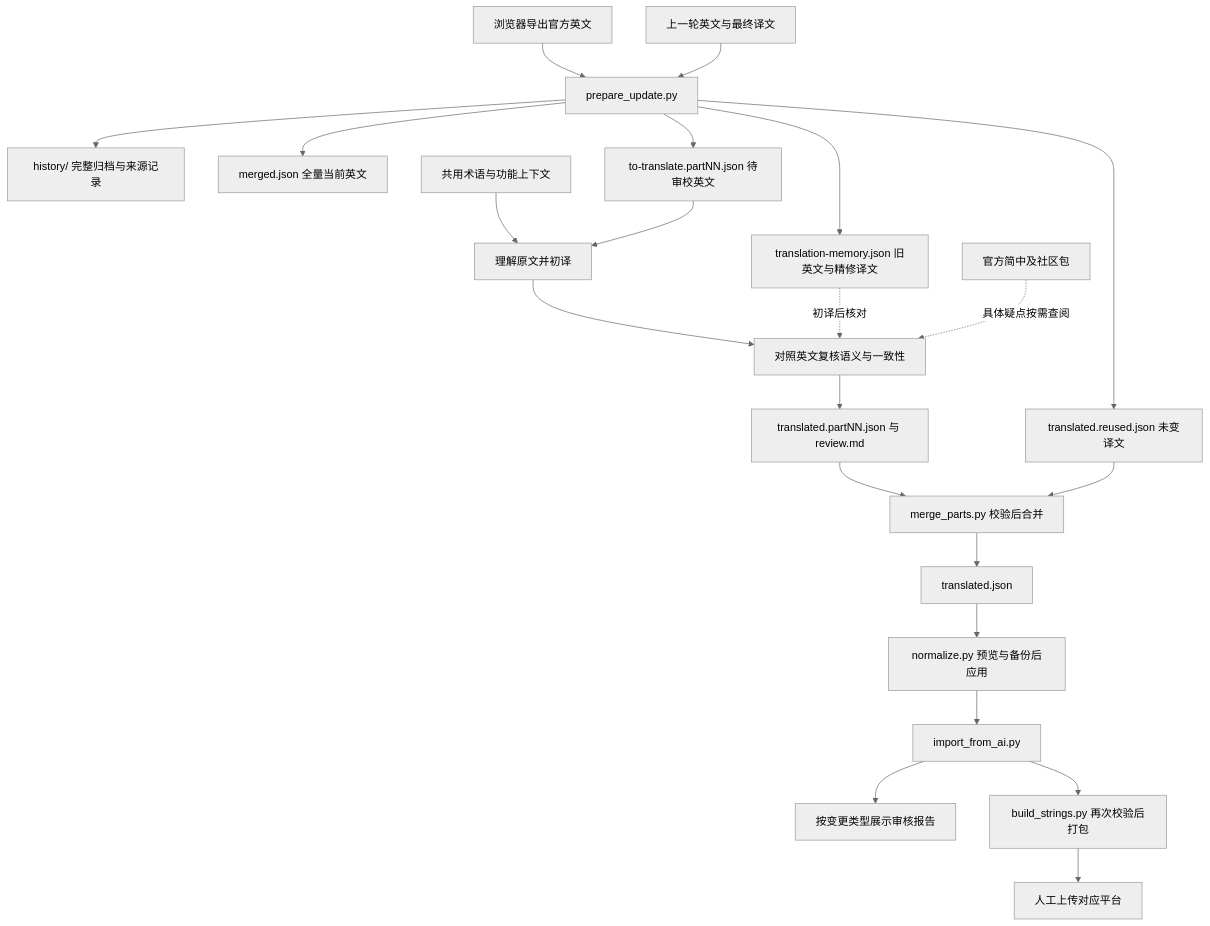
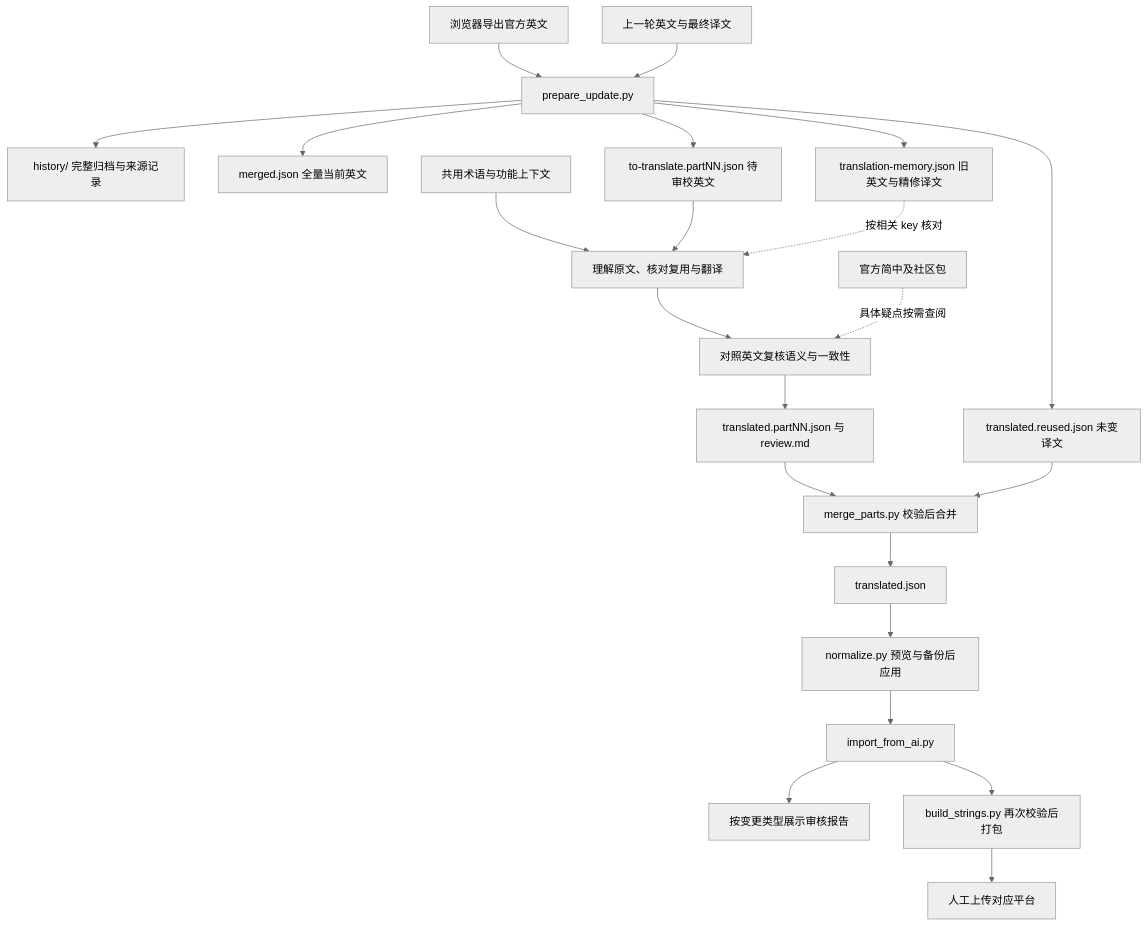
Before and after one commit to lainbo/tg-lang-zh-hans-refine: the diagram in docs/01-architecture.md, drawn with Mermaid (neutral theme). The commit also changed other lines of this file and 24 other files, not shown here.

````diff
--- a/docs/01-architecture.md
+++ b/docs/01-architecture.md
@@ -13,24 +13,24 @@
 ```mermaid
 flowchart TD
     Download[浏览器导出官方英文] --> Prepare[prepare_update.py]
     Current[上一轮英文与最终译文] --> Prepare
     Prepare --> History[history/ 完整归档与来源记录]
     Prepare --> Merged[merged.json 全量当前英文]
     Prepare --> Input[to-translate.partNN.json 待审校英文]
     Prepare --> Memory[translation-memory.json 旧英文与精修译文]
     Prepare --> Reused[translated.reused.json 未变译文]
-    Style[共用术语与功能上下文] --> Draft[理解原文并初译]
+    Style[共用术语与功能上下文] --> Draft[理解原文、核对复用与翻译]
     Input --> Draft
     Draft --> Review[对照英文复核语义与一致性]
-    Memory -.初译后核对.-> Review
+    Memory -.按相关 key 核对.-> Draft
     Reference[官方简中及社区包] -.具体疑点按需查阅.-> Review
     Review --> Parts[translated.partNN.json 与 review.md]
     Parts --> Merge[merge_parts.py 校验后合并]
     Reused --> Merge
     Merge --> Final[translated.json]
     Final --> Normalize[normalize.py 预览与备份后应用]
     Normalize --> Validate[import_from_ai.py]
     Validate --> Report[按变更类型展示审核报告]
     Validate --> Build[build_strings.py 再次校验后打包]
     Build --> Upload[人工上传对应平台]
 ```
````
